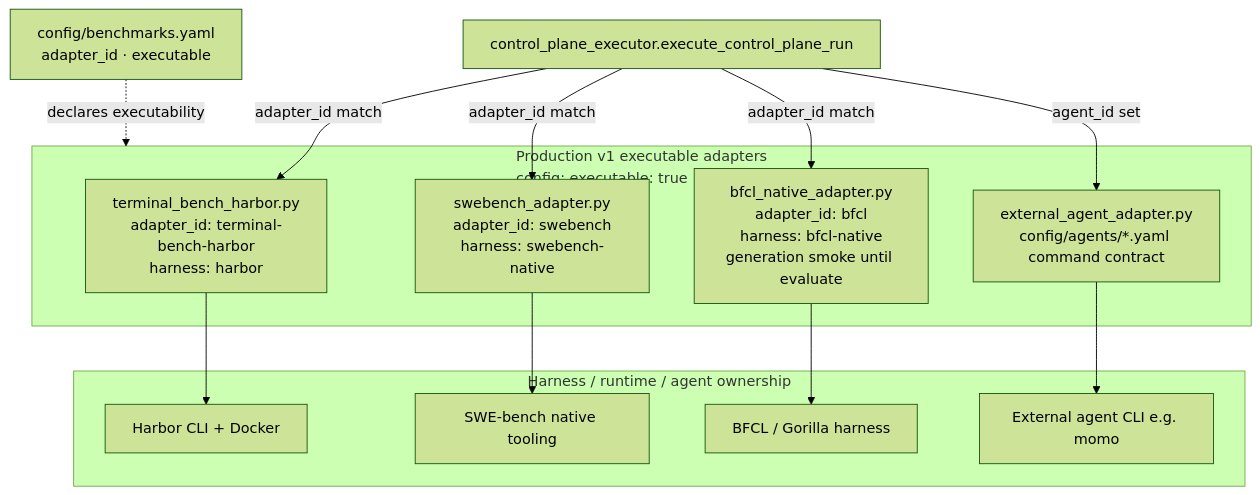
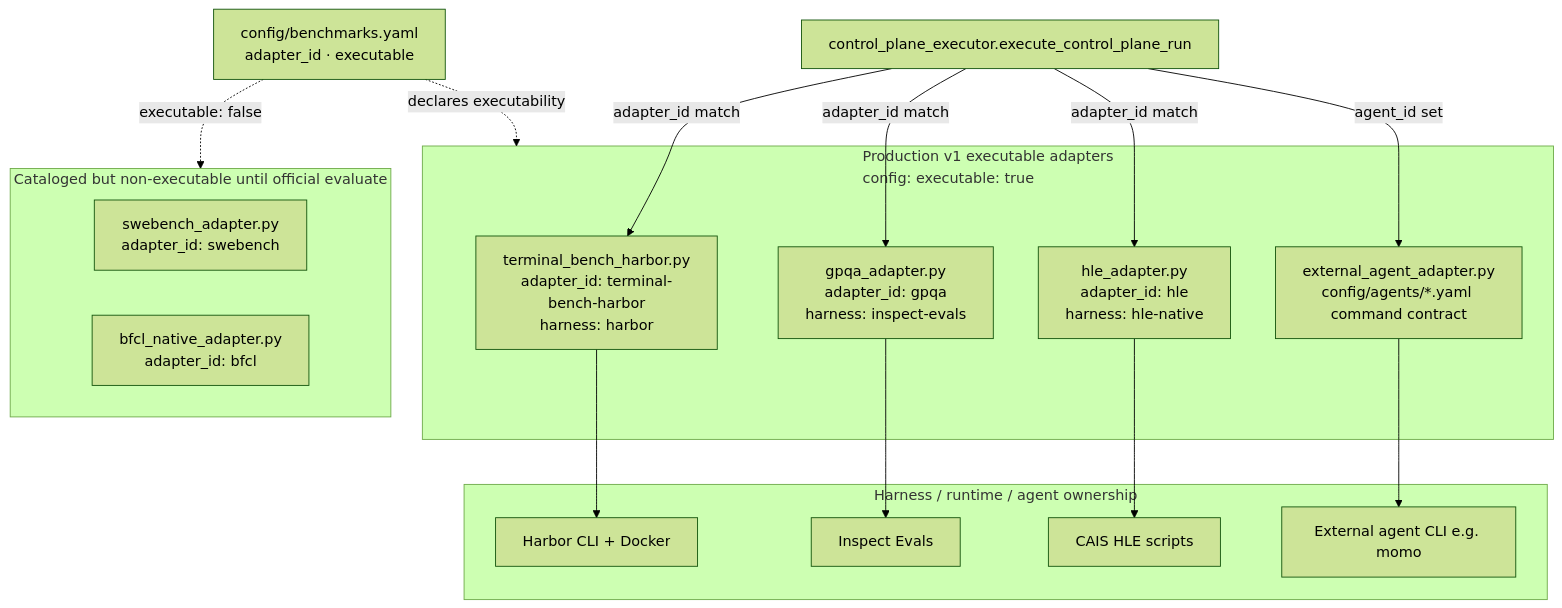
The diagram in docs/diagrams/adapters-components.md (Lyther/BenchEval), drawn with Mermaid (forest theme) before and after one commit. The commit also changed other lines of this file and 23 other files, not shown here.

````diff
--- a/docs/diagrams/adapters-components.md
+++ b/docs/diagrams/adapters-components.md
@@ -5,28 +5,34 @@
 ```mermaid
 flowchart TB
     CPE["control_plane_executor.execute_control_plane_run"]
 
     subgraph ProdV1["Production v1 executable adapters<br/>config: executable: true"]
         TB["terminal_bench_harbor.py<br/>adapter_id: terminal-bench-harbor<br/>harness: harbor"]
-        SWE["swebench_adapter.py<br/>adapter_id: swebench<br/>harness: swebench-native"]
-        BFCL["bfcl_native_adapter.py<br/>adapter_id: bfcl<br/>harness: bfcl-native<br/>generation smoke until evaluate"]
+        GPQA["gpqa_adapter.py<br/>adapter_id: gpqa<br/>harness: inspect-evals"]
+        HLE["hle_adapter.py<br/>adapter_id: hle<br/>harness: hle-native"]
         Agent["external_agent_adapter.py<br/>config/agents/*.yaml command contract"]
+    end
+
+    subgraph Demoted["Cataloged but non-executable until official evaluate"]
+        SWE["swebench_adapter.py<br/>adapter_id: swebench"]
+        BFCL["bfcl_native_adapter.py<br/>adapter_id: bfcl"]
     end
 
     subgraph Outside["Harness / runtime / agent ownership"]
         HCLI["Harbor CLI + Docker"]
-        SN["SWE-bench native tooling"]
-        BN["BFCL / Gorilla harness"]
+        Inspect["Inspect Evals"]
+        HLEH["CAIS HLE scripts"]
         ExtAgent["External agent CLI e.g. momo"]
     end
 
-    CPE -->|adapter_id match| TB & SWE & BFCL
+    CPE -->|adapter_id match| TB & GPQA & HLE
     CPE -->|agent_id set| Agent
     TB --> HCLI
-    SWE --> SN
-    BFCL --> BN
+    GPQA --> Inspect
+    HLE --> HLEH
     Agent --> ExtAgent
 
     Cat["config/benchmarks.yaml<br/>adapter_id · executable"]
     Cat -.->|declares executability| ProdV1
+    Cat -.->|executable: false| Demoted
 ```
````
